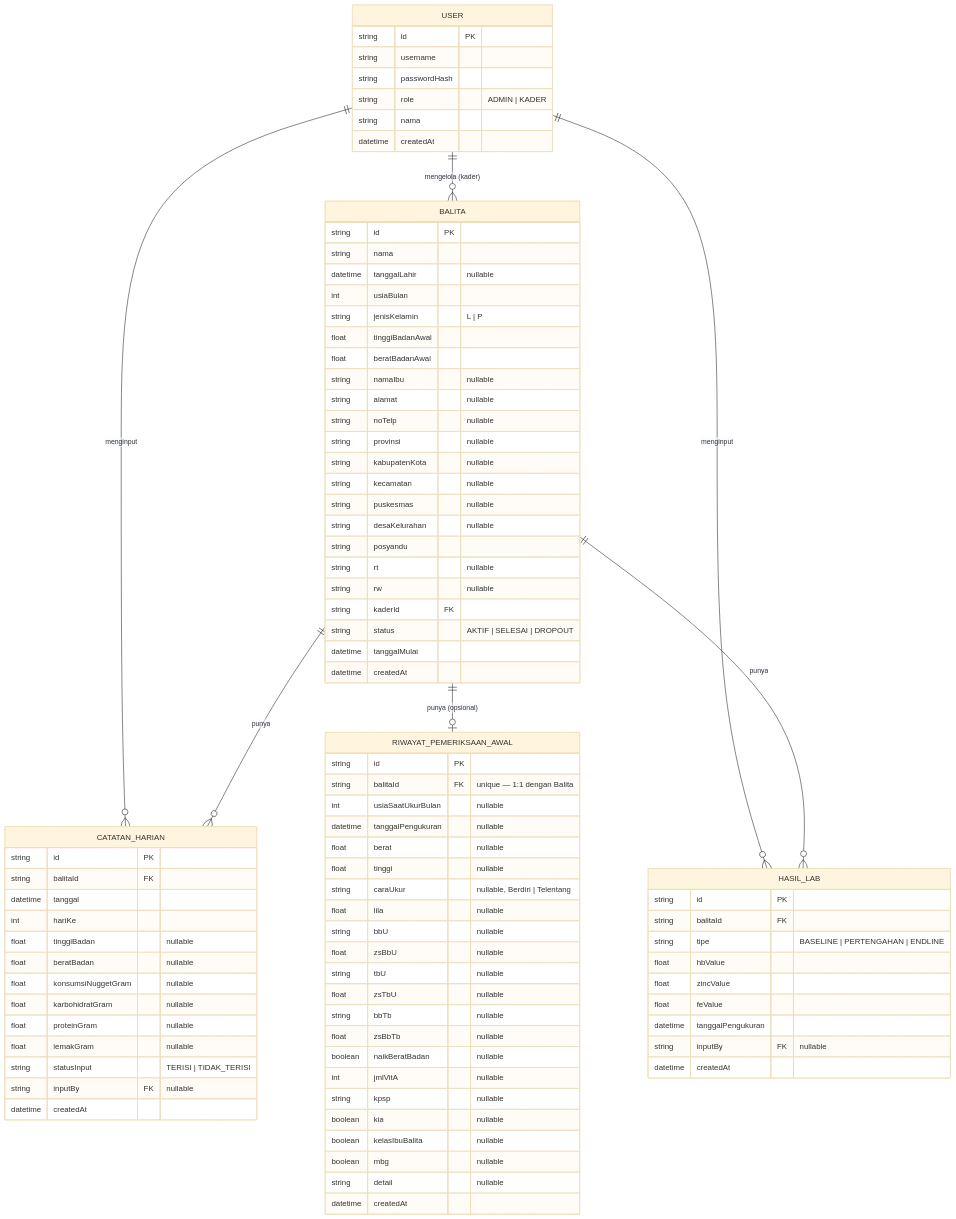
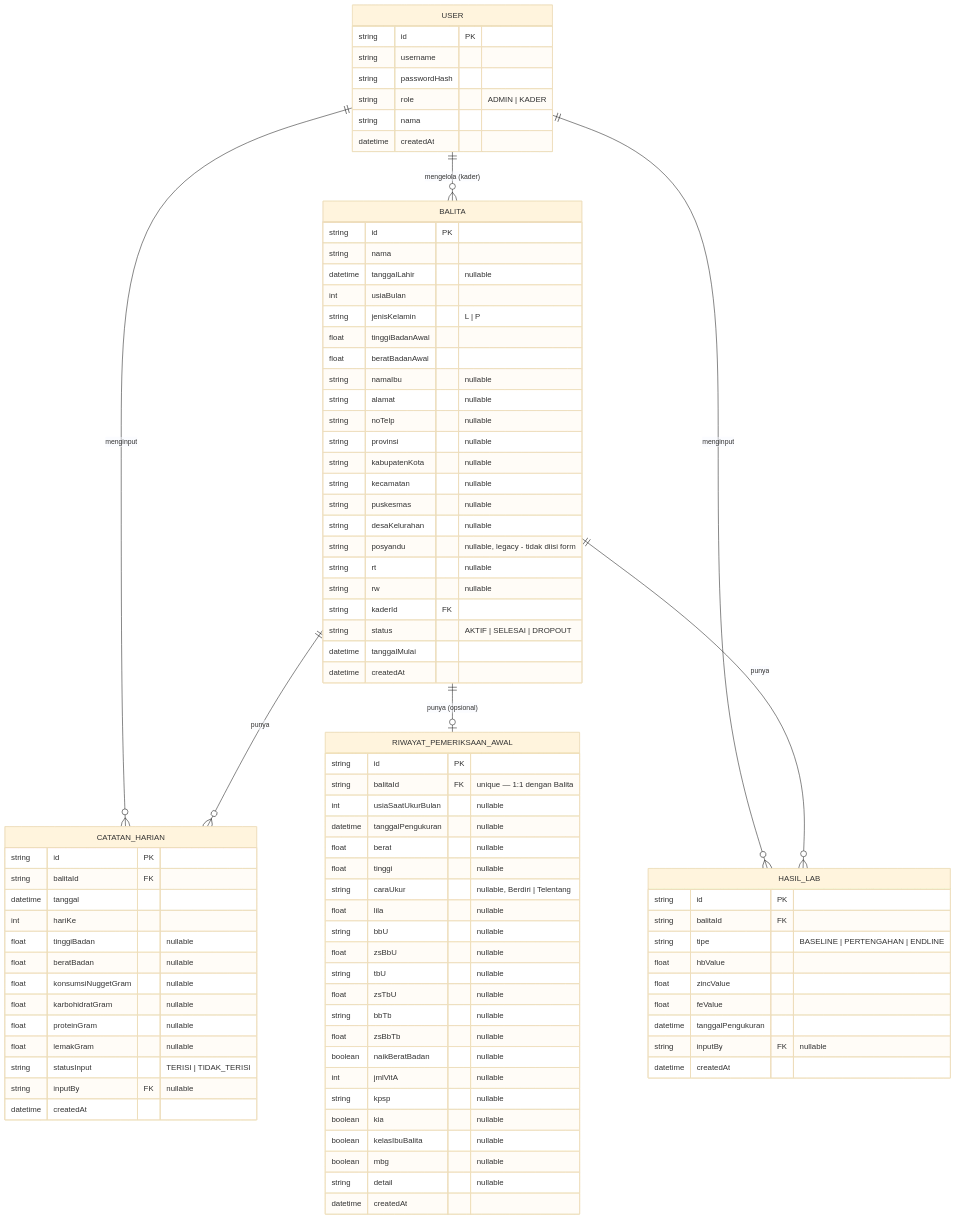
The diagram in schema.md (Makipak/pakanBayi), drawn with Mermaid (base theme) before and after one commit. The commit also changed other lines of this file and 26 other files, not shown here.

```diff
--- a/schema.md
+++ b/schema.md
@@ -44,7 +48,7 @@
         string kecamatan "nullable"
         string puskesmas "nullable"
         string desaKelurahan "nullable"
-        string posyandu
+        string posyandu "nullable, legacy - tidak diisi form"
         string rt "nullable"
         string rw "nullable"
         string kaderId FK
```
